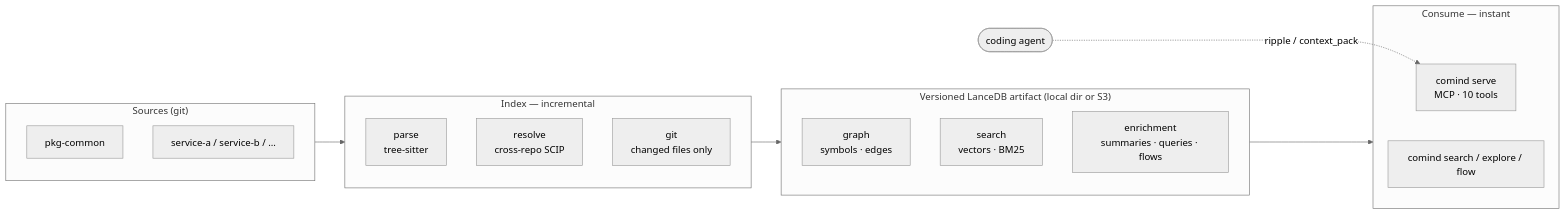
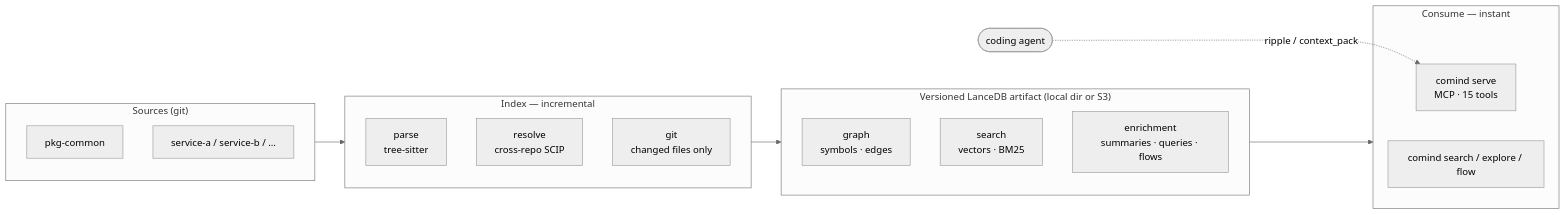
One commit to sayef/comind changed the diagram in README.md. Above: the diagram before and after it, drawn with Mermaid (neutral theme). The commit also changed other lines of this file, not shown here.

Commit message:
readme: contracts, packages, conventions, ledger and preflight commands; 15 MCP tools

````diff
--- a/README.md
+++ b/README.md
@@ -141,23 +155,23 @@
 ```mermaid
 flowchart LR
     subgraph SRC["Sources (git)"]
         R1["pkg-common"]
         R2["service-a / service-b / …"]
     end
     subgraph IDX["Index — incremental"]
         P["parse<br/>tree-sitter"]
         RS["resolve<br/>cross-repo SCIP"]
         G["git<br/>changed files only"]
     end
     subgraph ART["Versioned LanceDB artifact (local dir or S3)"]
         GR["graph<br/>symbols · edges"]
         SE["search<br/>vectors · BM25"]
         EN["enrichment<br/>summaries · queries · flows"]
     end
     subgraph USE["Consume — instant"]
-        MCP["comind serve<br/>MCP · 10 tools"]
+        MCP["comind serve<br/>MCP · 15 tools"]
         CLI["comind search / explore / flow"]
     end
     SRC --> IDX --> ART --> USE
     AGENT(["coding agent"]) -. ripple / context_pack .-> MCP
 ```
````
